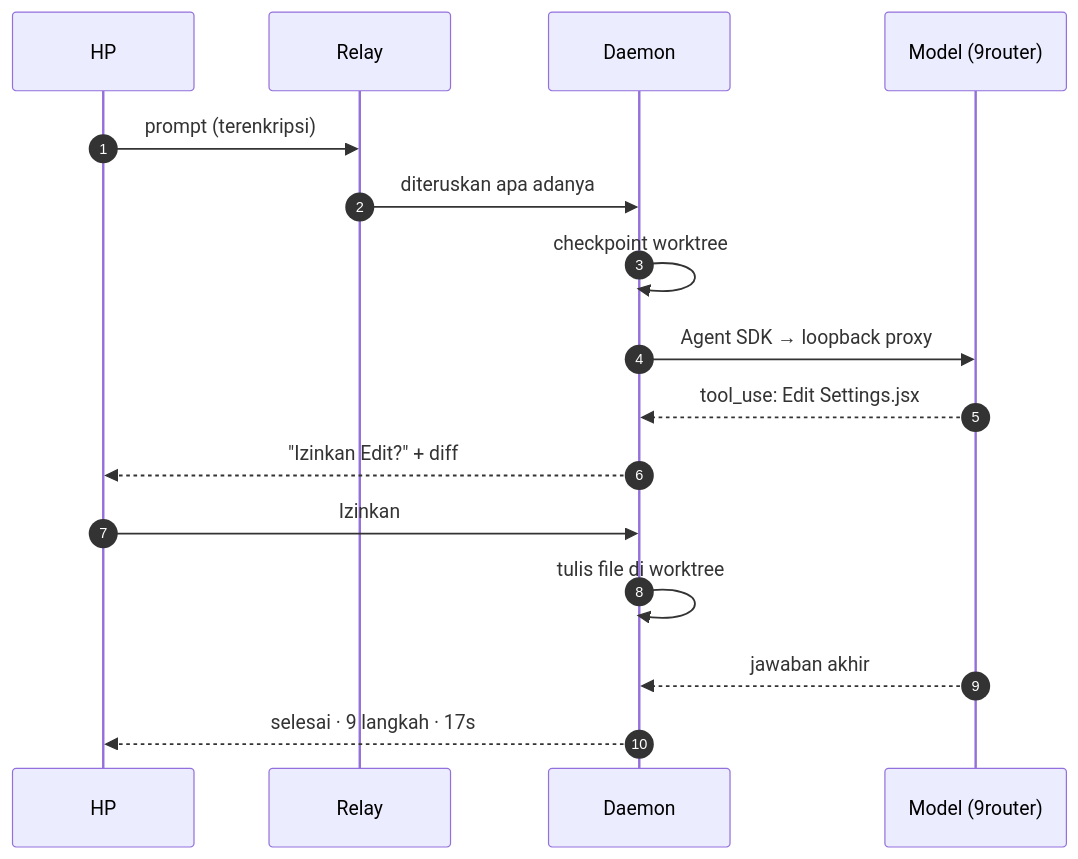
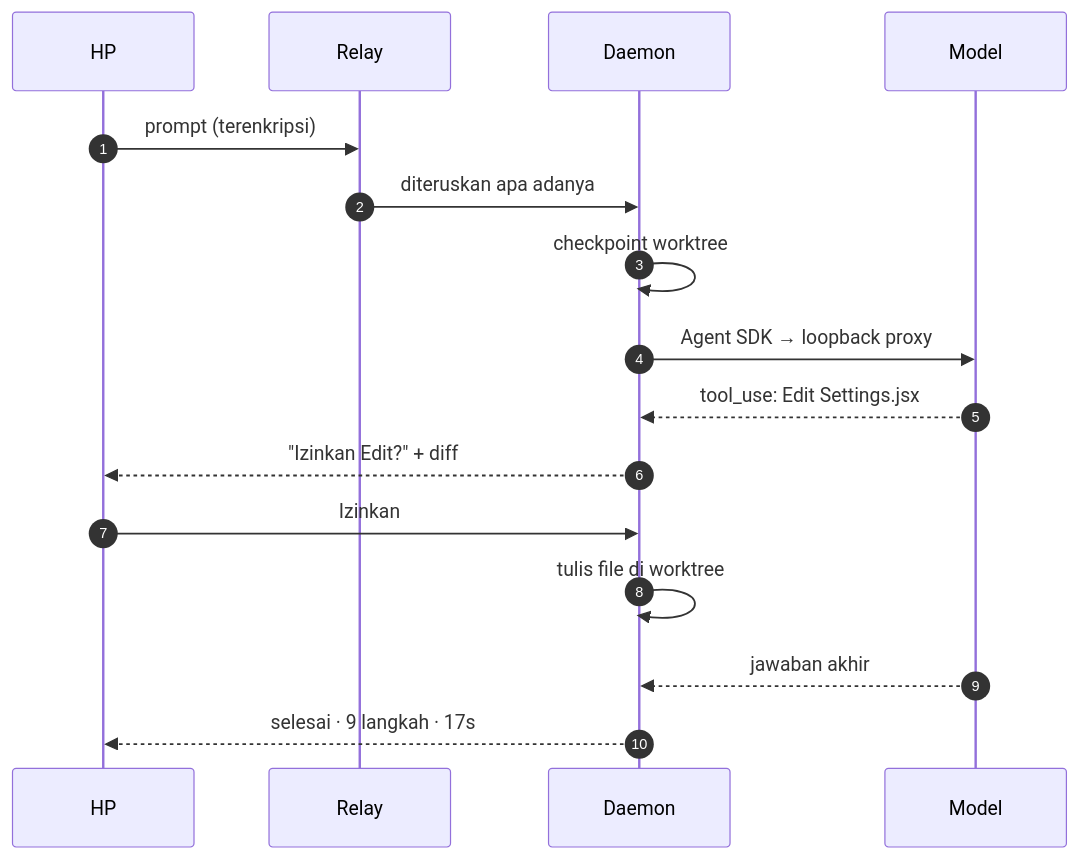
The second of 6 diagrams in README.md (arfakaisar/snugcode), drawn with Mermaid before and after one commit. The commit also changed other lines of this file and 5 other files, not shown here.

````diff
--- a/README.md
+++ b/README.md
@@ -267,19 +269,19 @@
 ```mermaid
 sequenceDiagram
     autonumber
     participant HP as HP
     participant Relay as Relay
     participant PC as Daemon
-    participant AI as Model (9router)
+    participant AI as Model
 
     HP->>Relay: prompt (terenkripsi)
     Relay->>PC: diteruskan apa adanya
     PC->>PC: checkpoint worktree
     PC->>AI: Agent SDK → loopback proxy
     AI-->>PC: tool_use: Edit Settings.jsx
     PC-->>HP: "Izinkan Edit?" + diff
     HP->>PC: Izinkan
     PC->>PC: tulis file di worktree
     AI-->>PC: jawaban akhir
     PC-->>HP: selesai · 9 langkah · 17s
 ```
````
